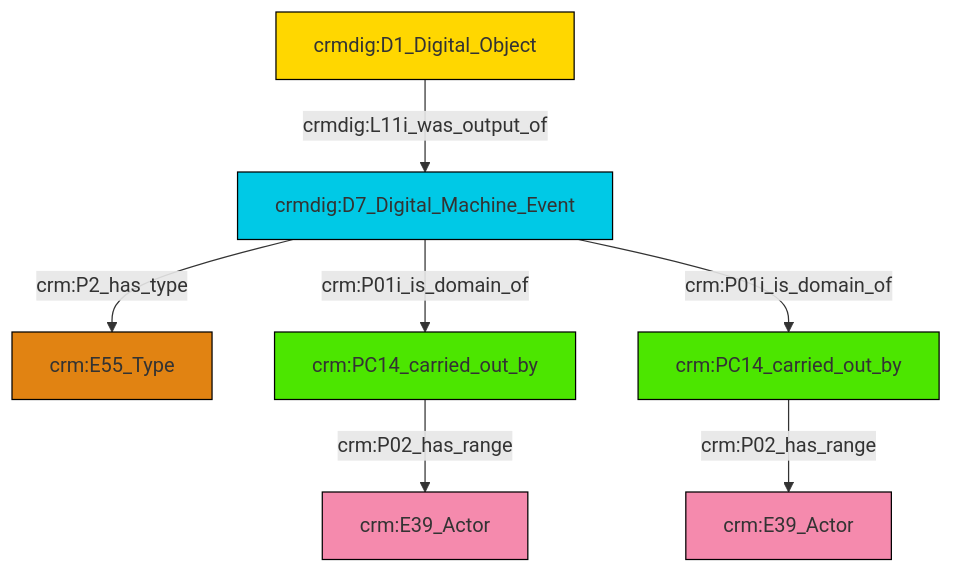
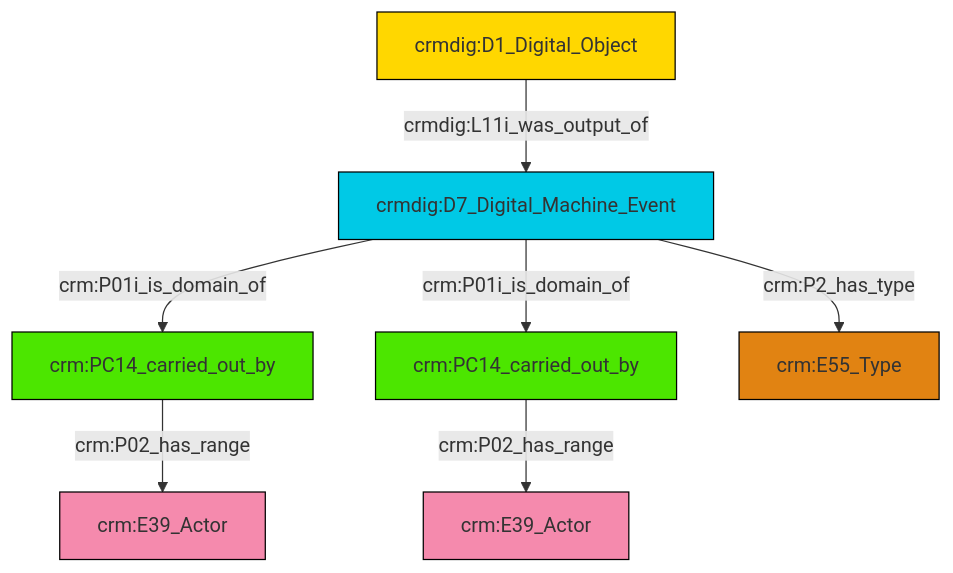
One commit to swiss-art-research-net/reference-data-models changed the diagram in et/doCSV/ttl/mmd/do_actor_relations.ttl.mmd. Above: the diagram before and after it, drawn with Mermaid. The commit also changed 128 other files, not shown here.

```diff
--- a/et/doCSV/ttl/mmd/do_actor_relations.ttl.mmd
+++ b/et/doCSV/ttl/mmd/do_actor_relations.ttl.mmd
@@ -1,21 +1,21 @@
 graph TD
 classDef Literal fill:#f2f2f2,stroke:#000000;
 classDef CRM_Entity fill:#FFFFFF,stroke:#000000;
 classDef Temporal_Entity fill:#00C9E6, stroke:#000000;
 classDef Type fill:#E18312, stroke:#000000;
 classDef Time-Span fill:#2C9C91, stroke:#000000;
 classDef Appellation fill:#FFEB7F, stroke:#000000;
 classDef Place fill:#008836, stroke:#000000;
 classDef Persistent_Item fill:#B266B2, stroke:#000000;
 classDef Conceptual_Object fill:#FFD700, stroke:#000000;
 classDef Physical_Thing fill:#D2B48C, stroke:#000000;
 classDef Actor fill:#f58aad, stroke:#000000;
 classDef PC_Classes fill:#4ce600, stroke:#000000;
 classDef Multi fill:#cccccc,stroke:#000000;
 
-2["crmdig:D7_Digital_Machine_Event"]:::Temporal_Entity -->|crm:P2_has_type| 3["crm:E55_Type"]:::Type
-0["crmdig:D1_Digital_Object"]:::Conceptual_Object -->|crmdig:L11i_was_output_of| 2["crmdig:D7_Digital_Machine_Event"]:::Temporal_Entity
-6["crm:PC14_carried_out_by"]:::PC_Classes -->|crm:P02_has_range| 7["crm:E39_Actor"]:::Actor
-2["crmdig:D7_Digital_Machine_Event"]:::Temporal_Entity -->|crm:P01i_is_domain_of| 6["crm:PC14_carried_out_by"]:::PC_Classes
-4["crm:PC14_carried_out_by"]:::PC_Classes -->|crm:P02_has_range| 13["crm:E39_Actor"]:::Actor
-2["crmdig:D7_Digital_Machine_Event"]:::Temporal_Entity -->|crm:P01i_is_domain_of| 4["crm:PC14_carried_out_by"]:::PC_Classes
+0["crmdig:D7_Digital_Machine_Event"]:::Temporal_Entity -->|crm:P01i_is_domain_of| 1["crm:PC14_carried_out_by"]:::PC_Classes
+0["crmdig:D7_Digital_Machine_Event"]:::Temporal_Entity -->|crm:P2_has_type| 6["crm:E55_Type"]:::Type
+1["crm:PC14_carried_out_by"]:::PC_Classes -->|crm:P02_has_range| 2["crm:E39_Actor"]:::Actor
+0["crmdig:D7_Digital_Machine_Event"]:::Temporal_Entity -->|crm:P01i_is_domain_of| 4["crm:PC14_carried_out_by"]:::PC_Classes
+11["crmdig:D1_Digital_Object"]:::Conceptual_Object -->|crmdig:L11i_was_output_of| 0["crmdig:D7_Digital_Machine_Event"]:::Temporal_Entity
+4["crm:PC14_carried_out_by"]:::PC_Classes -->|crm:P02_has_range| 14["crm:E39_Actor"]:::Actor
```
